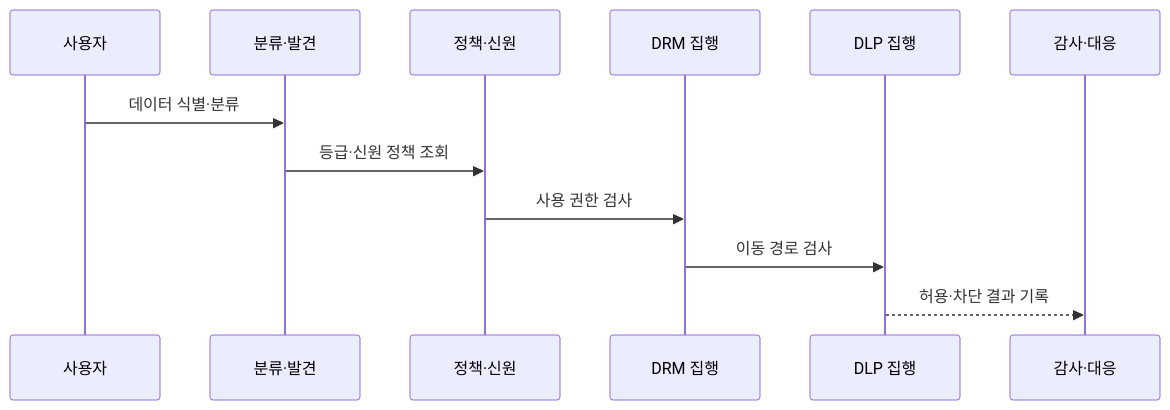
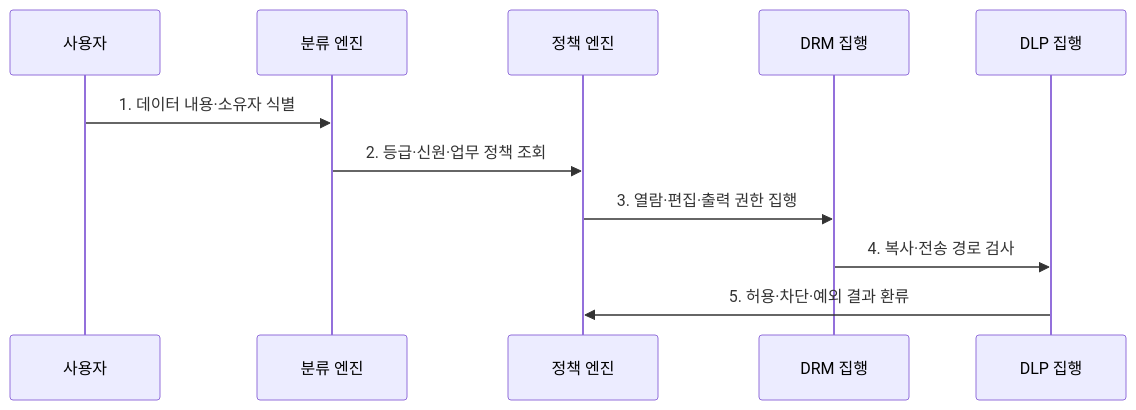
One commit to agnusdei1207/knowledge-base changed the second of 2 diagrams in src/content/docs/notes/05-security/142_drm_dlp.md. Above: the diagram before and after it, drawn with Mermaid. The commit also changed other lines of this file and 6 other files, not shown here.

````diff
--- a/src/content/docs/notes/05-security/142_drm_dlp.md
+++ b/src/content/docs/notes/05-security/142_drm_dlp.md
@@ -83,14 +80,13 @@
 ```mermaid
 sequenceDiagram
-    participant U as 사용자
-    participant C as 분류·발견
-    participant P as 정책·신원
-    participant R as DRM 집행
-    participant D as DLP 집행
-    participant A as 감사·대응
-    U->>C: 데이터 식별·분류
-    C->>P: 등급·신원 정책 조회
-    P->>R: 사용 권한 검사
-    R->>D: 이동 경로 검사
-    D-->>A: 허용·차단 결과 기록
+  participant U as 사용자
+  participant C as 분류 엔진
+  participant P as 정책 엔진
+  participant R as DRM 집행
+  participant D as DLP 집행
+  U->>C: 1. 데이터 내용·소유자 식별
+  C->>P: 2. 등급·신원·업무 정책 조회
+  P->>R: 3. 열람·편집·출력 권한 집행
+  R->>D: 4. 복사·전송 경로 검사
+  D->>P: 5. 허용·차단·예외 결과 환류
 ```
````
